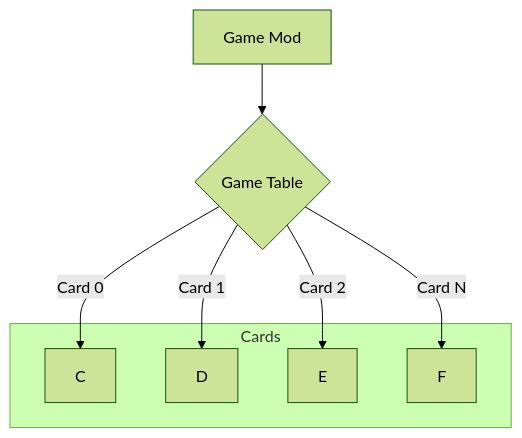
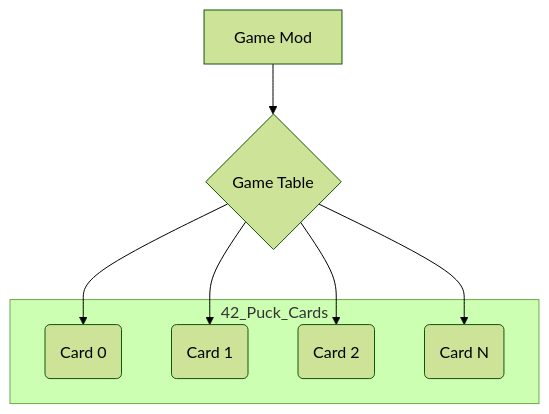
The diagram in README.md (Jimmy888888/My_Solitaire_rewrite), drawn with Mermaid (forest theme) before and after one commit.

````diff
--- a/README.md
+++ b/README.md
@@ -6,14 +6,14 @@
 ```mermaid
 graph TD
 A[Game Mod] -->B{Game Table}
-B -->|Card 0| C
-B -->|Card 1| D
-B -->|Card 2| E
-B -->|Card N| F
-subgraph Cards
+B -->C(Card 0)
+B -->D(Card 1)
+B -->E(Card 2)
+B -->F(Card N)
+subgraph 42_Puck_Cards
 C
 D
 E
 F
 end
 ```
````
